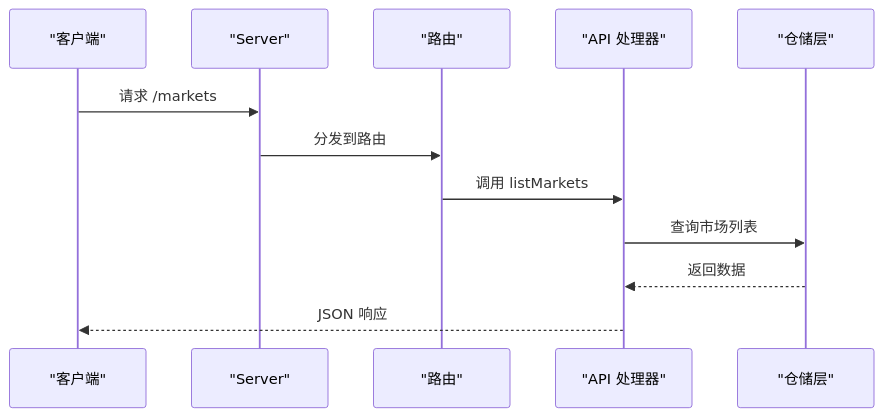
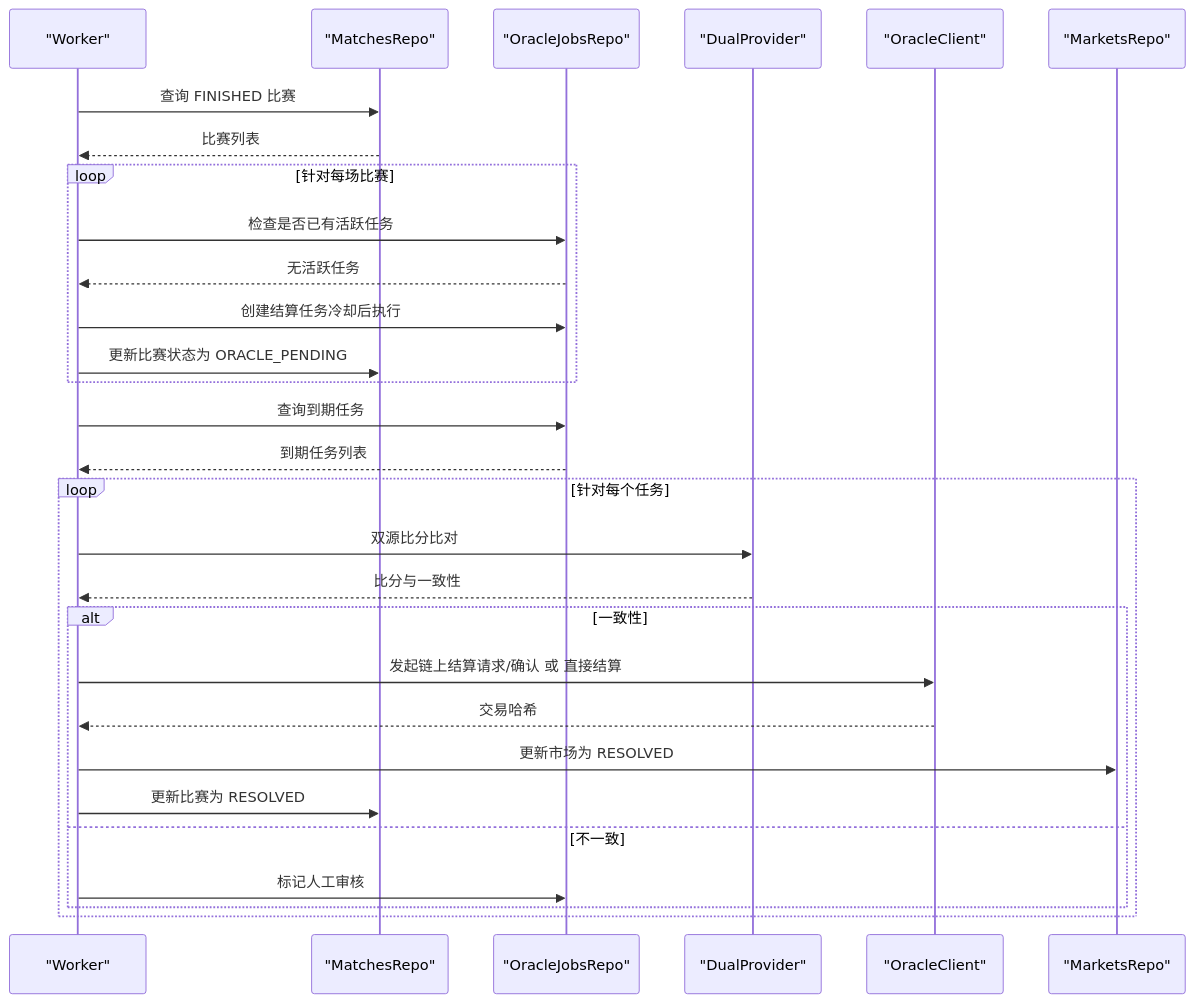
Before and after one commit to SimonHofman/PredictionDIDSimple: the fourth of 5 diagrams in backend/.qoder/repowiki/zh/content/项目概述.md, drawn with Mermaid. The commit also changed other lines of this file and 162 other files, not shown here.

````diff
--- a/backend/.qoder/repowiki/zh/content/项目概述.md
+++ b/backend/.qoder/repowiki/zh/content/项目概述.md
@@ -212,14 +267,31 @@
 ```mermaid
 sequenceDiagram
-participant C as "客户端"
-participant S as "Server"
-participant R as "路由"
-participant H as "API 处理器"
-participant D as "仓储层"
-C->>S : 请求 /markets
-S->>R : 分发到路由
-R->>H : 调用 listMarkets
-H->>D : 查询市场列表
-D-->>H : 返回数据
-H-->>C : JSON 响应
+participant W as "Worker"
+participant M as "MatchesRepo"
+participant J as "OracleJobsRepo"
+participant D as "DualProvider"
+participant C as "OracleClient"
+participant MKT as "MarketsRepo"
+W->>M : 查询 FINISHED 比赛
+M-->>W : 比赛列表
+loop 针对每场比赛
+W->>J : 检查是否已有活跃任务
+J-->>W : 无活跃任务
+W->>J : 创建结算任务冷却后执行
+W->>M : 更新比赛状态为 ORACLE_PENDING
+end
+W->>J : 查询到期任务
+J-->>W : 到期任务列表
+loop 针对每个任务
+W->>D : 双源比分比对
+D-->>W : 比分与一致性
+alt 一致性
+W->>C : 发起链上结算请求/确认 或 直接结算
+C-->>W : 交易哈希
+W->>MKT : 更新市场为 RESOLVED
+W->>M : 更新比赛为 RESOLVED
+else 不一致
+W->>J : 标记人工审核
+end
+end
 ```
````
